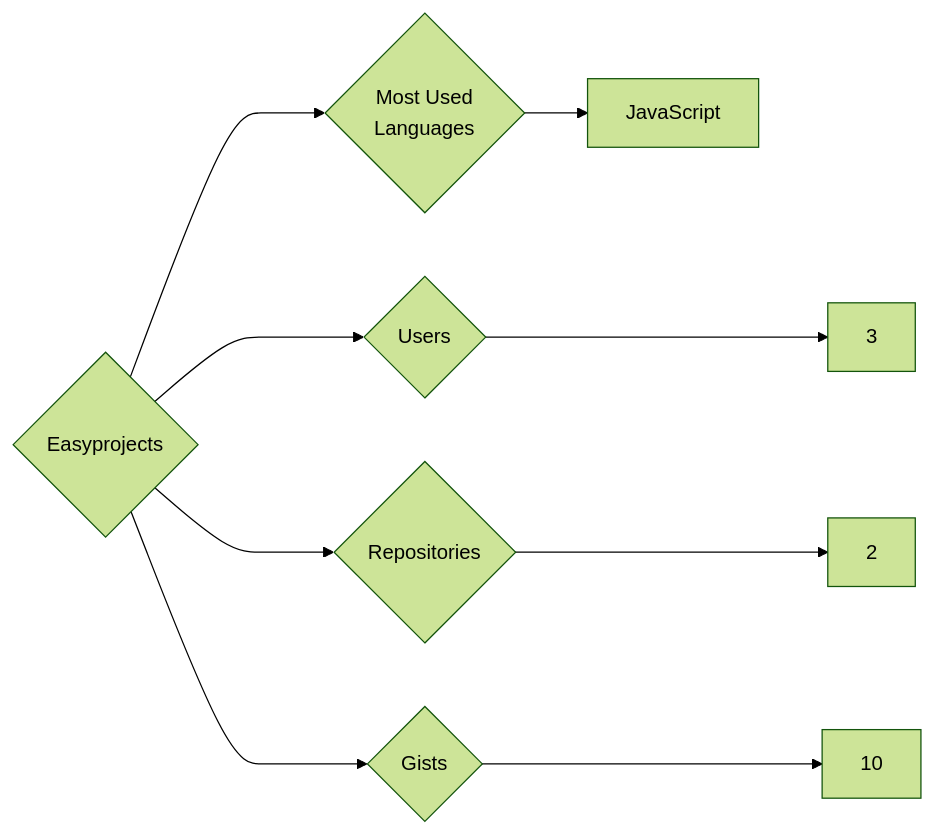
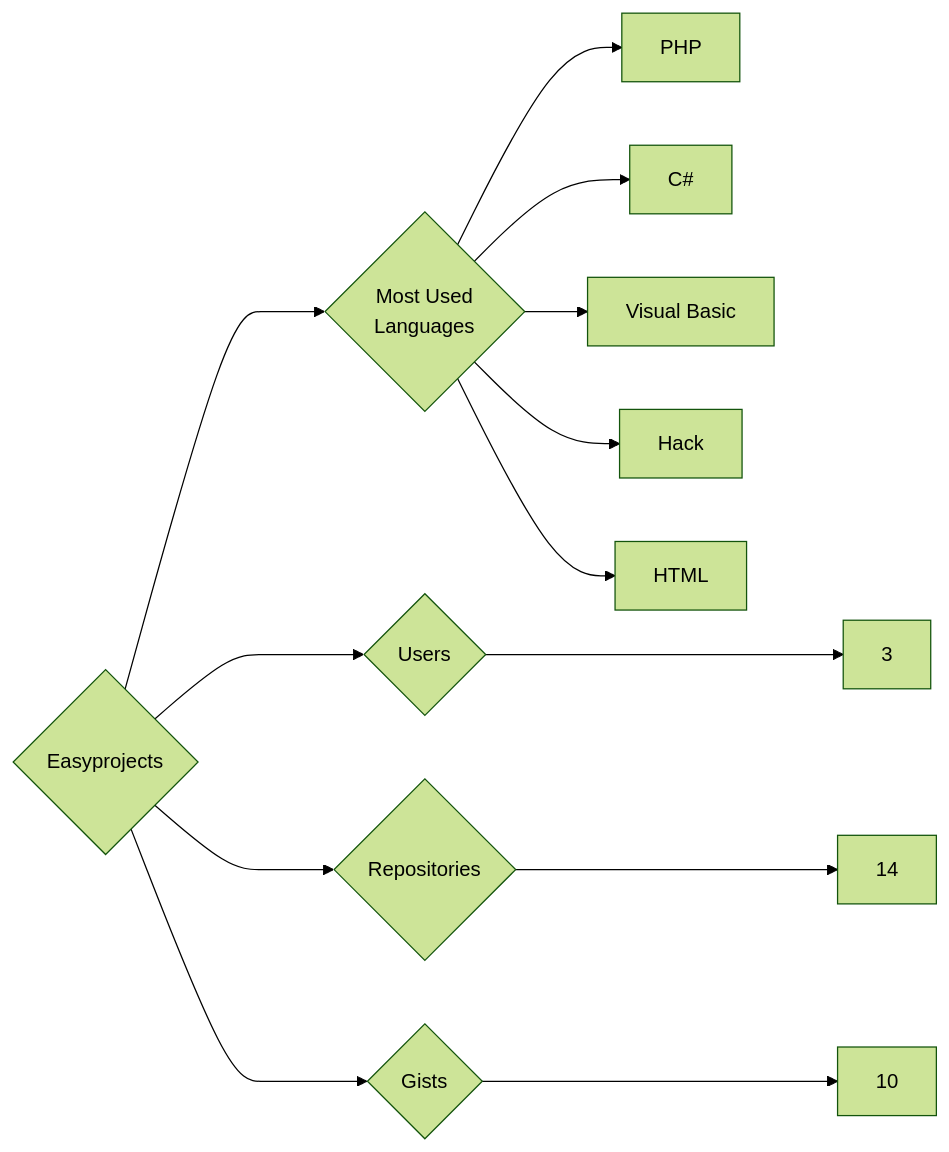
Before and after one commit to trickest/insiders: the diagram in targets/Easyprojects/README.md, drawn with Mermaid (forest theme). The commit also changed 1141 other files, not shown here.

````diff
--- a/targets/Easyprojects/README.md
+++ b/targets/Easyprojects/README.md
@@ -3,9 +3,13 @@
 ```mermaid
 graph LR
 COMPANY_NAME{Easyprojects}
 COMPANY_NAME ---> U{Users} ---> UN[3]
-COMPANY_NAME ---> R{Repositories} ---> RN[2]
+COMPANY_NAME ---> R{Repositories} ---> RN[14]
 COMPANY_NAME ---> G{Gists} ---> GN[10]
 COMPANY_NAME ---> ML{Most Used<br>Languages}
-ML --> JavaScript[JavaScript]
+ML --> PHP[PHP]
+ML --> C#[C#]
+ML --> Visual_Basic[Visual Basic]
+ML --> Hack[Hack]
+ML --> HTML[HTML]
 ```
````
